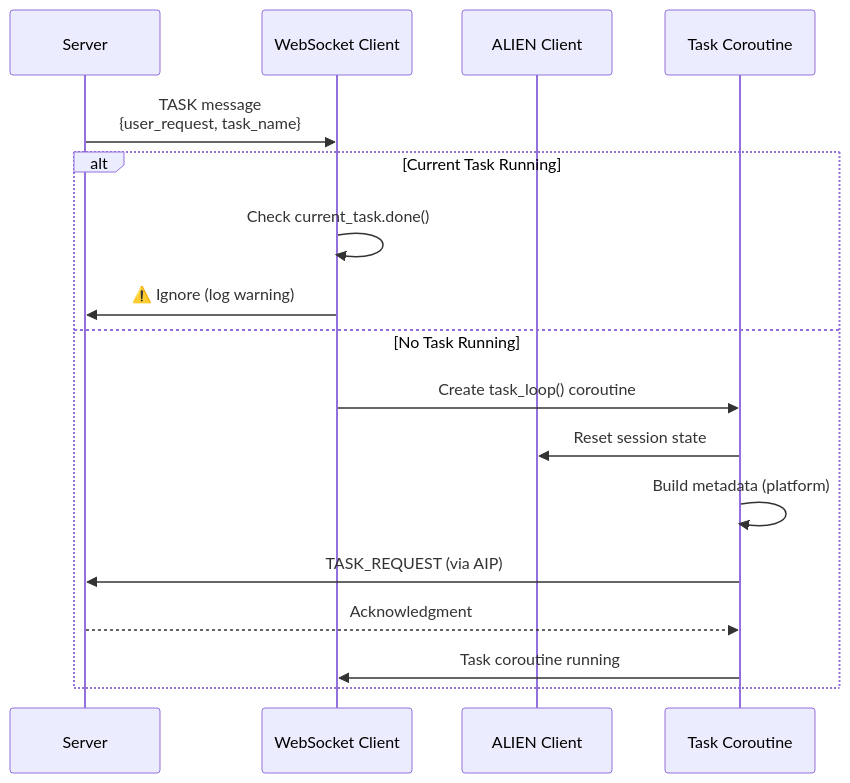
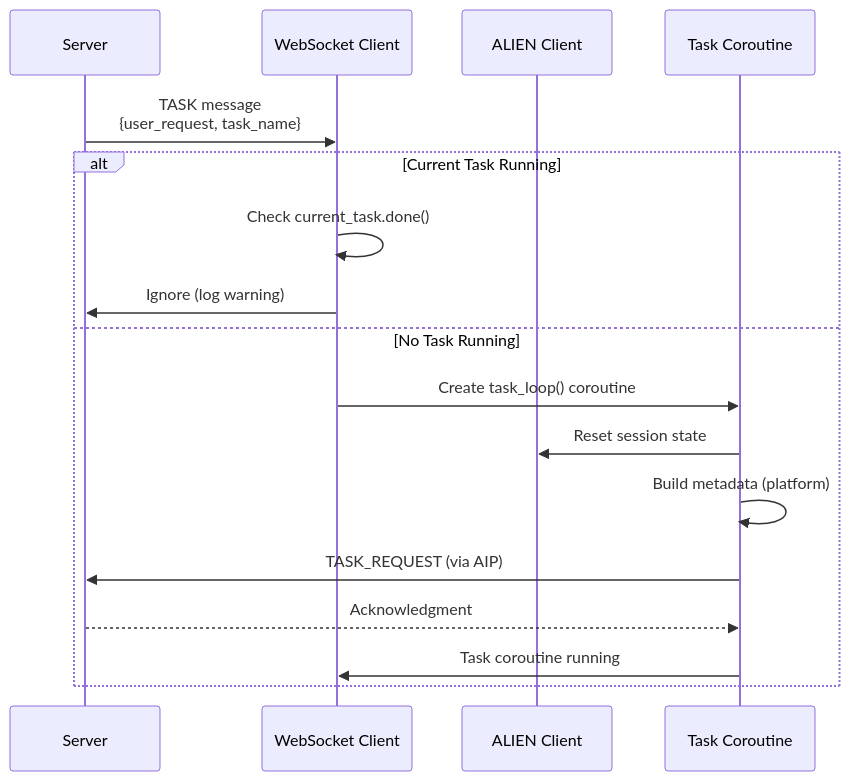
Before and after one commit to DEVELOPER-DEEVEN/alien-project: the sixth of 6 diagrams in documents/docs/client/websocket_client.md, drawn with Mermaid. The commit also changed other lines of this file and 290 other files, not shown here.

````diff
--- a/documents/docs/client/websocket_client.md
+++ b/documents/docs/client/websocket_client.md
@@ -532,21 +532,21 @@
 ```mermaid
 sequenceDiagram
     participant Server
     participant WSC as WebSocket Client
     participant UFC as ALIEN Client
     participant Task as Task Coroutine
     
     Server->>WSC: TASK message<br/>{user_request, task_name}
     
     alt Current Task Running
         WSC->>WSC: Check current_task.done()
-        WSC->>Server: ⚠️ Ignore (log warning)
+        WSC->>Server: ️ Ignore (log warning)
     else No Task Running
         WSC->>Task: Create task_loop() coroutine
         Task->>UFC: Reset session state
         Task->>Task: Build metadata (platform)
         Task->>Server: TASK_REQUEST (via AIP)
         Server-->>Task: Acknowledgment
         Task->>WSC: Task coroutine running
     end
 ```
````
